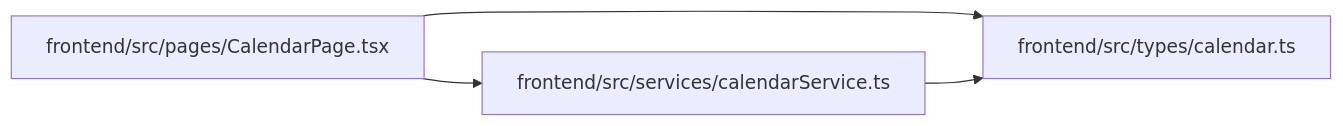
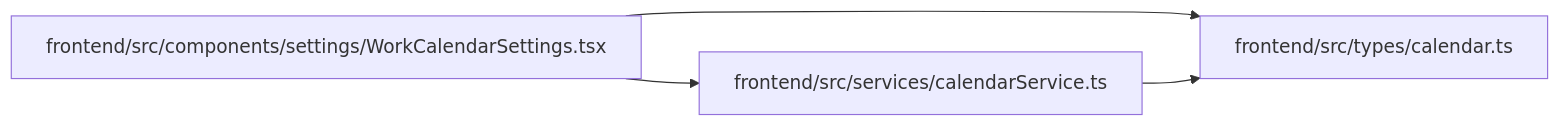
Before and after one commit to Denissvgn/WorkChord: the diagram in docs/llm_wiki/modules/types_calendar.md, drawn with Mermaid. The commit also changed other lines of this file and 2373 other files, not shown here.

````diff
--- a/docs/llm_wiki/modules/types_calendar.md
+++ b/docs/llm_wiki/modules/types_calendar.md
@@ -20,12 +20,12 @@
 ```mermaid
 flowchart LR
-    n0["frontend/src/pages/CalendarPage.tsx"]
+    n0["frontend/src/components/settings/WorkCalendarSettings.tsx"]
     n1["frontend/src/services/calendarService.ts"]
     n2["frontend/src/types/calendar.ts"]
     n0 --> n1
     n0 --> n2
     n1 --> n2
-    click n0 "../modules/CalendarPage.md"
+    click n0 "../modules/WorkCalendarSettings.md"
     click n1 "../modules/calendarService.md"
     click n2 "../modules/types_calendar.md"
 ```
````
